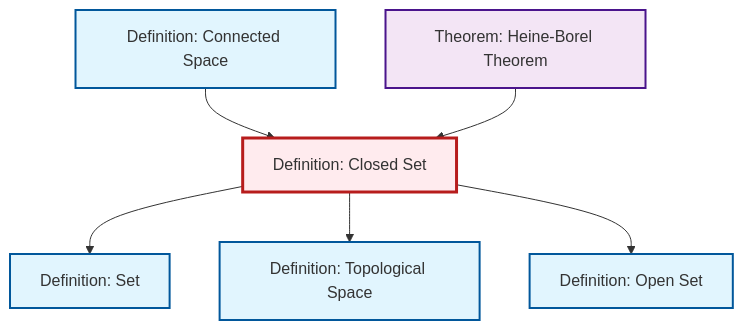
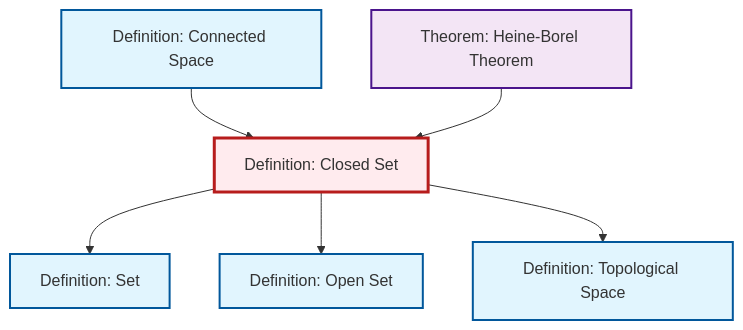
Before and after one commit to RK0429/ModernMath: the diagram in output/mermaid/def-closed-set.mermaid, drawn with Mermaid. The commit also changed other lines of this file and 1312 other files, not shown here.

```diff
--- a/output/mermaid/def-closed-set.mermaid
+++ b/output/mermaid/def-closed-set.mermaid
@@ -1,19 +1,19 @@
 %%| fig-cap: "Local dependency graph"
 graph TD
     classDef definition fill:#e1f5fe,stroke:#01579b,stroke-width:2px
     classDef theorem fill:#f3e5f5,stroke:#4a148c,stroke-width:2px
     classDef axiom fill:#fff3e0,stroke:#e65100,stroke-width:2px
     classDef example fill:#e8f5e9,stroke:#1b5e20,stroke-width:2px
     classDef current fill:#ffebee,stroke:#b71c1c,stroke-width:3px
-    def-connected["Definition: Connected Space"]:::definition
-    def-topological-space["Definition: Topological Space"]:::definition
     def-open-set["Definition: Open Set"]:::definition
     def-closed-set["Definition: Closed Set"]:::definition
+    thm-heine-borel["Theorem: Heine-Borel Theorem"]:::theorem
     def-set["Definition: Set"]:::definition
-    thm-heine-borel["Theorem: Heine-Borel Theorem"]:::theorem
+    def-topological-space["Definition: Topological Space"]:::definition
+    def-connected["Definition: Connected Space"]:::definition
+    def-closed-set --> def-set
     def-connected --> def-closed-set
-    def-closed-set --> def-set
+    def-closed-set --> def-open-set
     def-closed-set --> def-topological-space
-    def-closed-set --> def-open-set
     thm-heine-borel --> def-closed-set
     class def-closed-set current
```
